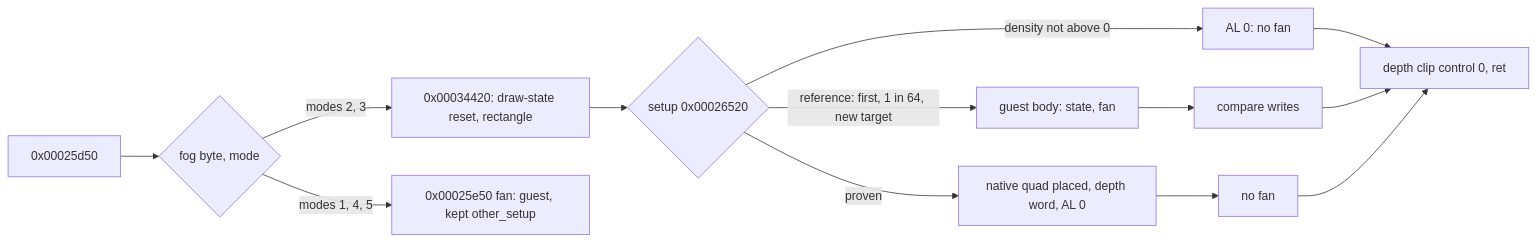
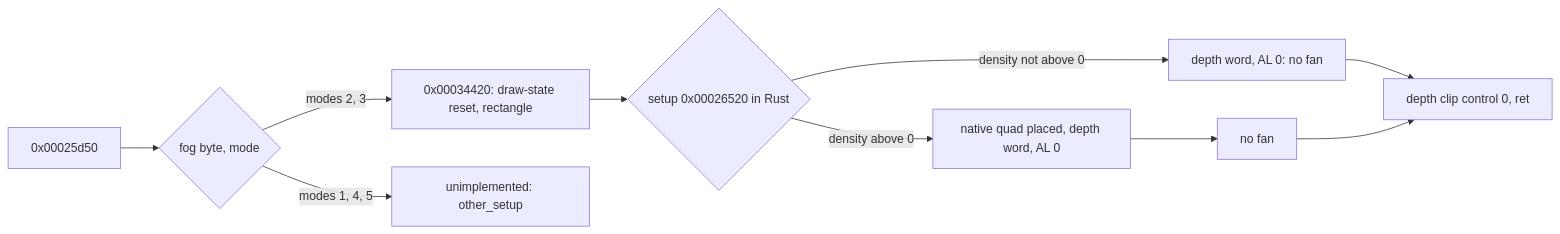
The diagram in docs/graphics/retire-d3d-fog-quad.md (0xdeafcafe/h2r), drawn with Mermaid before and after one commit. The commit also changed other lines of this file and 11 other files, not shown here.

Commit message:
fog quad: always cut, the reference arm and switch gone; gaps name the fans of 0x25dc0, a fan's drain filed under the fan's caller

````diff
--- a/docs/graphics/retire-d3d-fog-quad.md
+++ b/docs/graphics/retire-d3d-fog-quad.md
@@ -11,11 +11,10 @@
 ```mermaid
 flowchart LR
   F[0x00025d50] --> B{fog byte, mode}
   B -- modes 2, 3 --> Q[0x00034420: draw-state reset, rectangle]
-  B -- modes 1, 4, 5 --> O[0x00025e50 fan: guest, kept other_setup]
-  Q --> S{setup 0x00026520}
-  S -- density not above 0 --> N[AL 0: no fan]
-  S -- reference: first, 1 in 64, new target --> G[guest body: state, fan] --> C[compare writes]
-  S -- proven --> D[native quad placed, depth word, AL 0] --> T[no fan]
-  N & C & T --> E[depth clip control 0, ret]
+  B -- modes 1, 4, 5 --> O[unimplemented: other_setup]
+  Q --> S{setup 0x00026520 in Rust}
+  S -- density not above 0 --> N[depth word, AL 0: no fan]
+  S -- density above 0 --> D[native quad placed, depth word, AL 0] --> T[no fan]
+  N & T --> E[depth clip control 0, ret]
 ```
````
